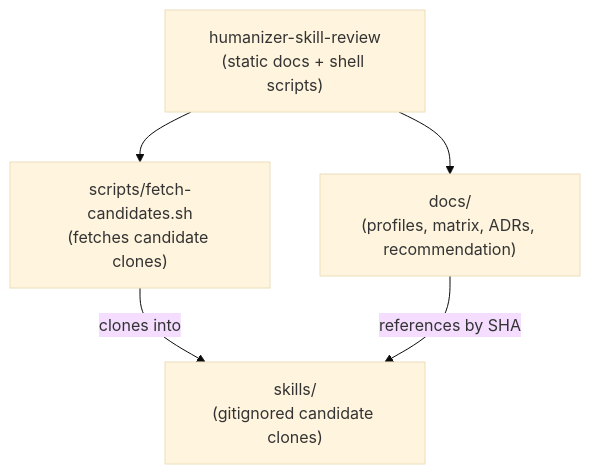
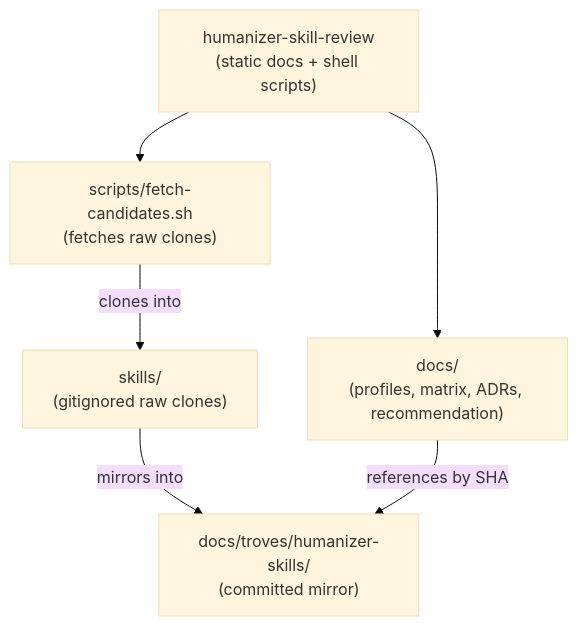
The diagram in docs/technical-architecture/c4/container.md (cristoslc/humanizer-skill-review), drawn with Mermaid (base theme) before and after one commit. The commit also changed 76 other files, not shown here.

````diff
--- a/docs/technical-architecture/c4/container.md
+++ b/docs/technical-architecture/c4/container.md
@@ -5,12 +5,14 @@
 ```mermaid
 flowchart TD
     Repo["humanizer-skill-review<br/>(static docs + shell scripts)"]
-    Fetch["scripts/fetch-candidates.sh<br/>(fetches candidate clones)"]
+    Fetch["scripts/fetch-candidates.sh<br/>(fetches raw clones)"]
+    Trove["docs/troves/humanizer-skills/<br/>(committed mirror)"]
     Docs["docs/<br/>(profiles, matrix, ADRs, recommendation)"]
-    Skills["skills/<br/>(gitignored candidate clones)"]
+    Skills["skills/<br/>(gitignored raw clones)"]
 
     Repo --> Fetch
     Repo --> Docs
     Fetch -->|"clones into"| Skills
-    Docs -->|"references by SHA"| Skills
+    Skills -->|"mirrors into"| Trove
+    Docs -->|"references by SHA"| Trove
 ```
````
